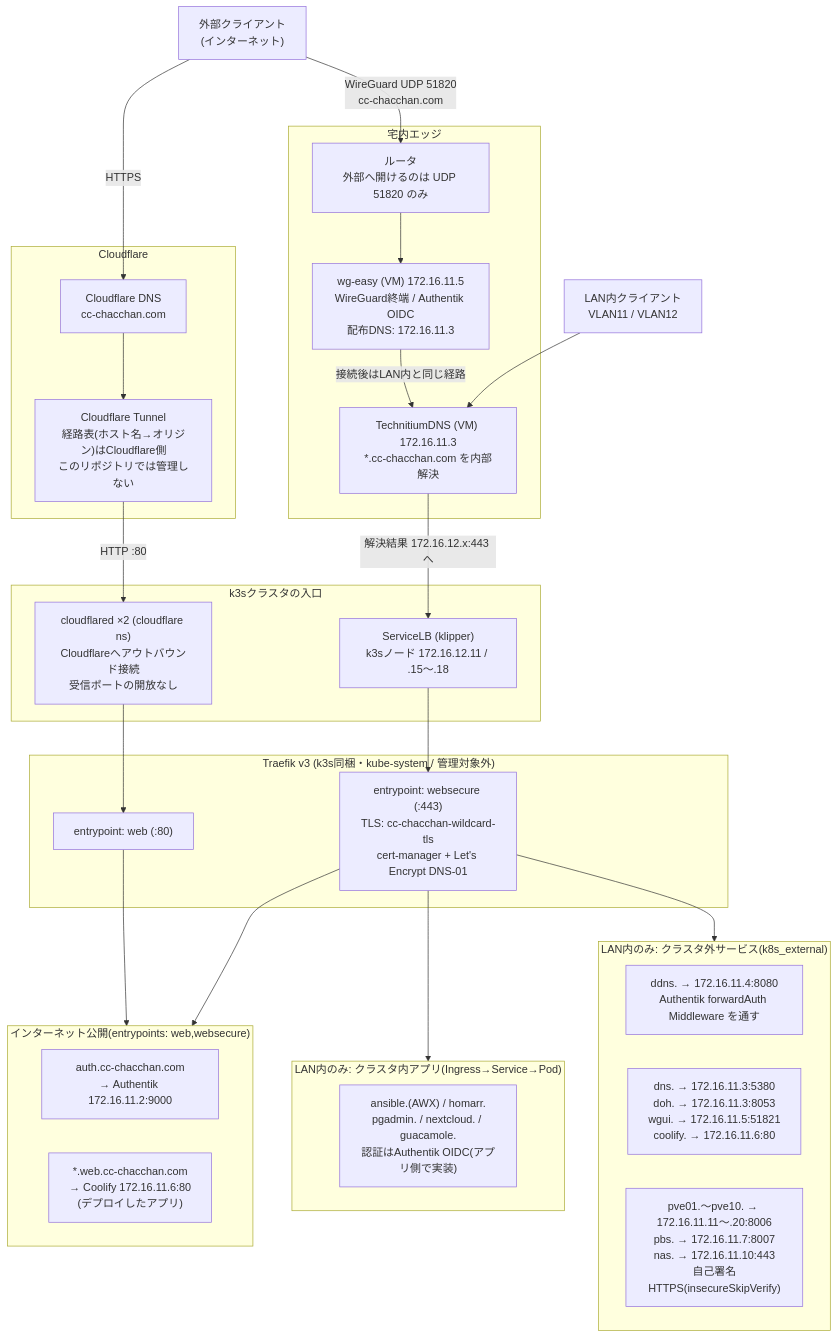
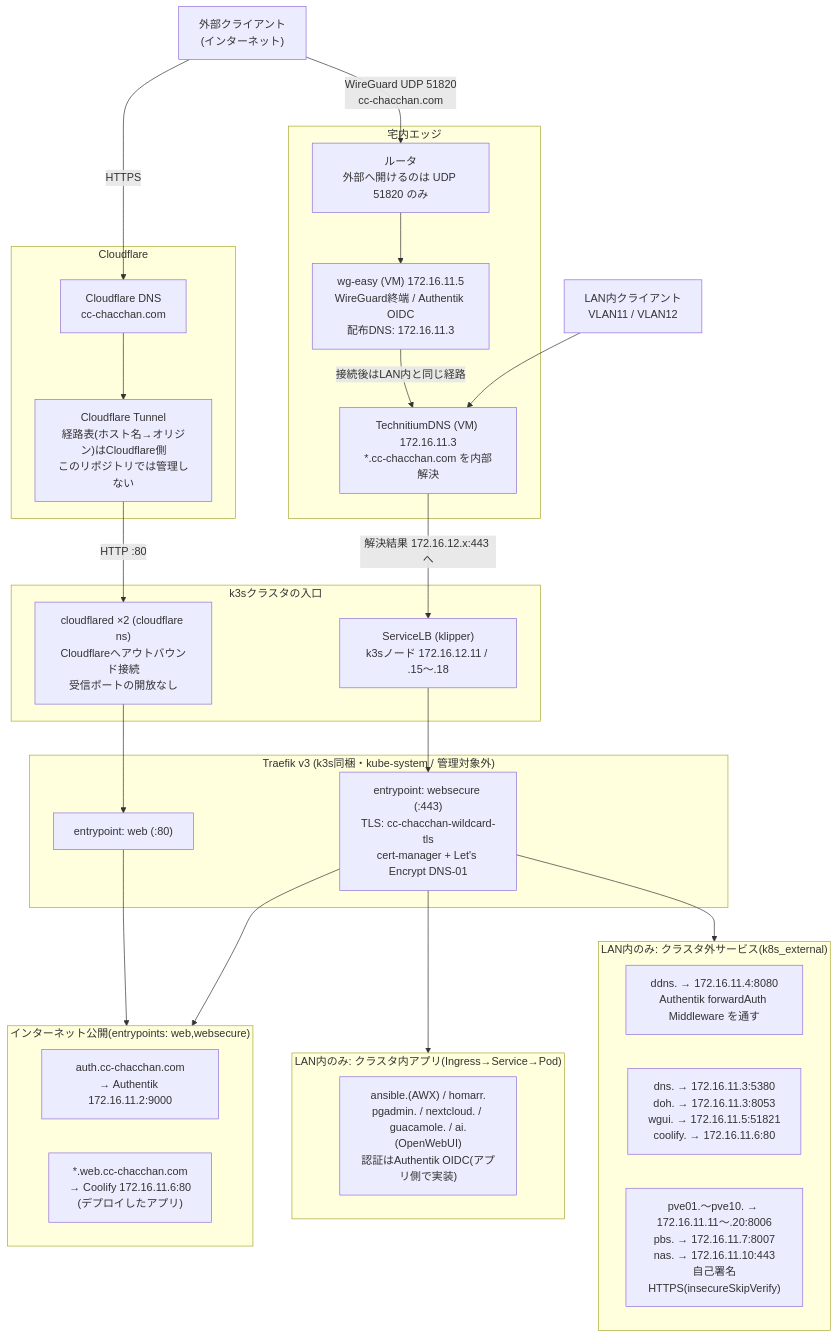
One commit to CHACCHAN/infrastructure changed the second of 2 diagrams in infrastructure.md. Above: the diagram before and after it, drawn with Mermaid. The commit also changed 7 other files, not shown here.

````diff
--- a/infrastructure.md
+++ b/infrastructure.md
@@ -95,54 +95,54 @@
 ```mermaid
 flowchart TB
   C_EXT["外部クライアント<br>(インターネット)"]
   C_LAN["LAN内クライアント<br>VLAN11 / VLAN12"]
 
   subgraph cloudflare["Cloudflare"]
     CF_DNS["Cloudflare DNS<br>cc-chacchan.com"]
     CF_TUNNEL["Cloudflare Tunnel<br>経路表(ホスト名→オリジン)はCloudflare側<br>このリポジトリでは管理しない"]
   end
 
   subgraph edge["宅内エッジ"]
     ROUTER["ルータ<br>外部へ開けるのは UDP 51820 のみ"]
     WG["wg-easy (VM) 172.16.11.5<br>WireGuard終端 / Authentik OIDC<br>配布DNS: 172.16.11.3"]
     DNS["TechnitiumDNS (VM) 172.16.11.3<br>*.cc-chacchan.com を内部解決"]
   end
 
   subgraph entry["k3sクラスタの入口"]
     CFD["cloudflared ×2 (cloudflare ns)<br>Cloudflareへアウトバウンド接続<br>受信ポートの開放なし"]
     SLB["ServiceLB (klipper)<br>k3sノード 172.16.12.11 / .15〜.18"]
   end
 
   subgraph traefik["Traefik v3 (k3s同梱・kube-system / 管理対象外)"]
     EP_WEB["entrypoint: web (:80)"]
     EP_SEC["entrypoint: websecure (:443)<br>TLS: cc-chacchan-wildcard-tls<br>cert-manager + Let's Encrypt DNS-01"]
   end
 
   subgraph pub["インターネット公開(entrypoints: web,websecure)"]
     H_AUTH["auth.cc-chacchan.com<br>→ Authentik 172.16.11.2:9000"]
     H_WEB["*.web.cc-chacchan.com<br>→ Coolify 172.16.11.6:80<br>(デプロイしたアプリ)"]
   end
 
   subgraph lan_app["LAN内のみ: クラスタ内アプリ(Ingress→Service→Pod)"]
-    A_APPS["ansible.(AWX) / homarr.<br>pgadmin. / nextcloud. / guacamole.<br>認証はAuthentik OIDC(アプリ側で実装)"]
+    A_APPS["ansible.(AWX) / homarr.<br>pgadmin. / nextcloud. / guacamole. / ai.(OpenWebUI)<br>認証はAuthentik OIDC(アプリ側で実装)"]
   end
 
   subgraph lan_ext["LAN内のみ: クラスタ外サービス(k8s_external)"]
     E_FWD["ddns. → 172.16.11.4:8080<br>Authentik forwardAuth Middleware を通す"]
     E_NET["dns. → 172.16.11.3:5380<br>doh. → 172.16.11.3:8053<br>wgui. → 172.16.11.5:51821<br>coolify. → 172.16.11.6:80"]
     E_INFRA["pve01.〜pve10. → 172.16.11.11〜.20:8006<br>pbs. → 172.16.11.7:8007<br>nas. → 172.16.11.10:443<br>自己署名HTTPS(insecureSkipVerify)"]
   end
 
   C_EXT -->|"HTTPS"| CF_DNS
   C_EXT -->|"WireGuard UDP 51820<br>cc-chacchan.com"| ROUTER
   CF_DNS --> CF_TUNNEL
   CF_TUNNEL -->|"HTTP :80"| CFD
   CFD --> EP_WEB
   ROUTER --> WG
   WG -->|"接続後はLAN内と同じ経路"| DNS
   C_LAN --> DNS
   DNS -->|"解決結果 172.16.12.x:443 へ"| SLB
   SLB --> EP_SEC
   EP_WEB --> pub
   EP_SEC --> pub & lan_app & lan_ext
 ```
````
